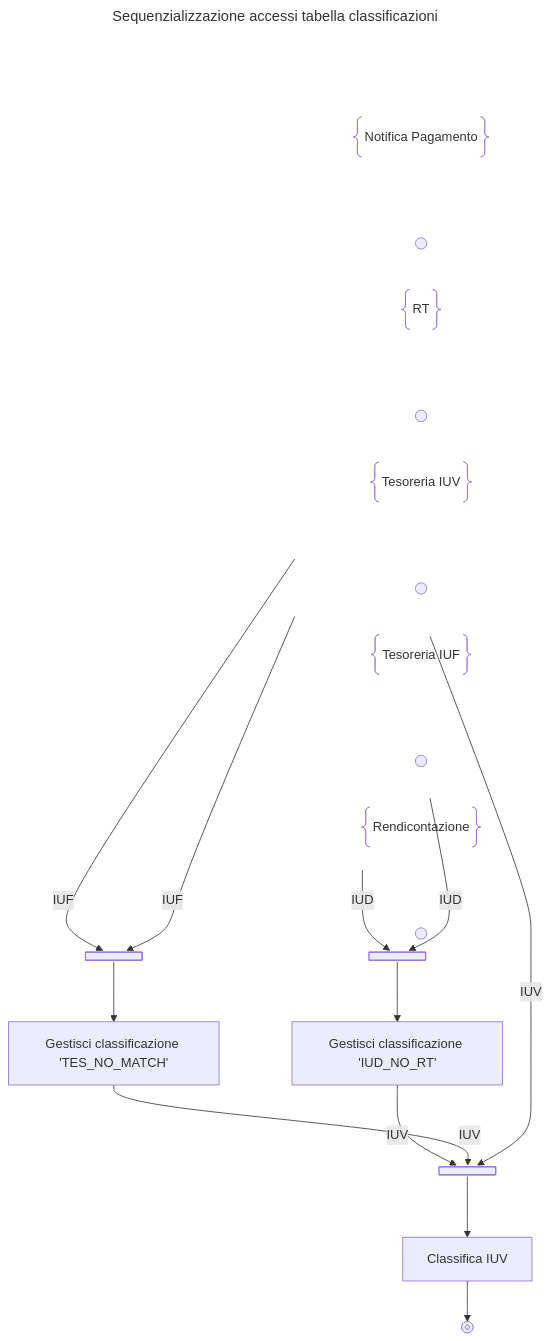
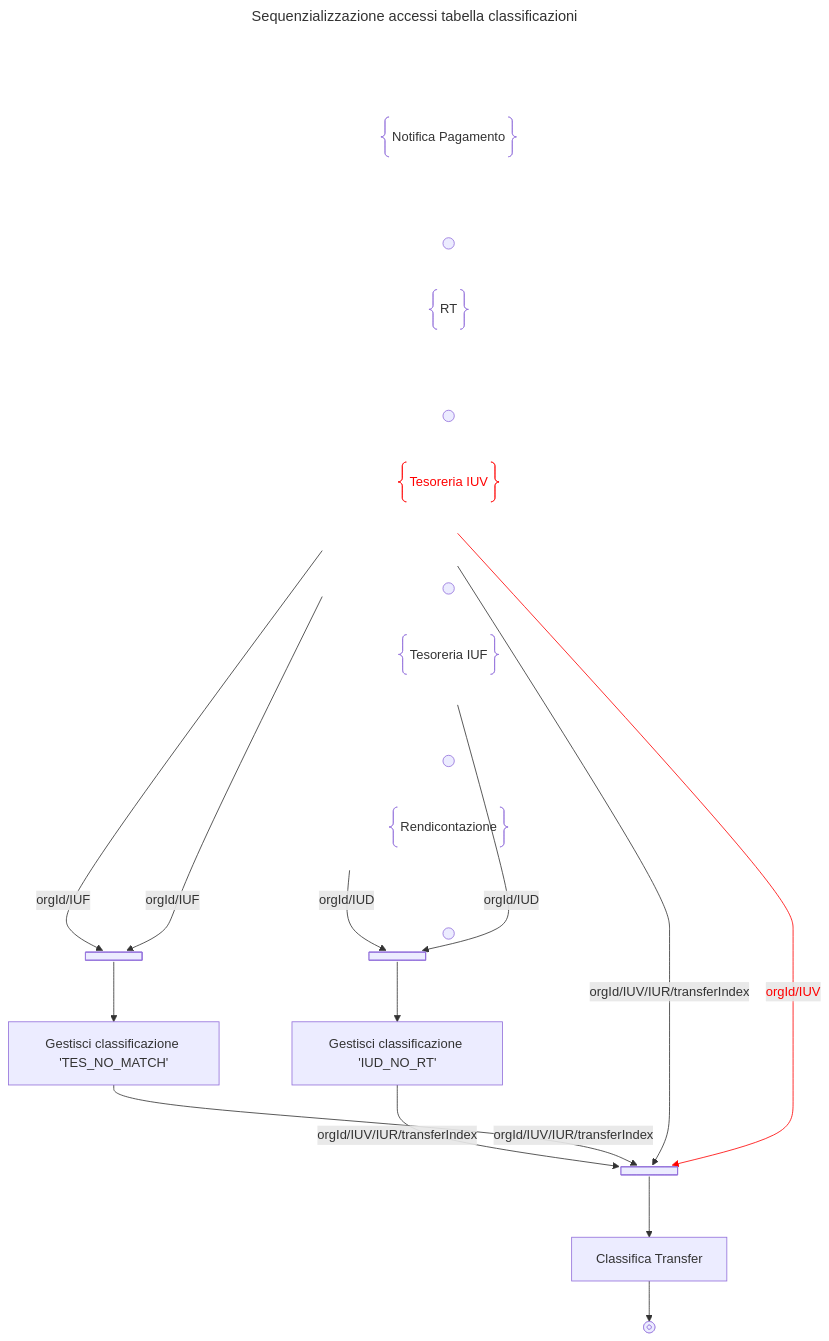
Before and after one commit to pagopa/p4pa-doc: the diagram in design/workflow/classificazioneIncassi/05.graphSequencingOps.mmd, drawn with Mermaid. The commit also changed 20 other files, not shown here.

Commit message:
fix classification sequencing by orgId+IUV+IUR+transferIndex

```diff
--- a/design/workflow/classificazioneIncassi/05.graphSequencingOps.mmd
+++ b/design/workflow/classificazioneIncassi/05.graphSequencingOps.mmd
@@ -1,80 +1,85 @@
 ---
 title: Sequenzializzazione accessi tabella classificazioni
 ---
 flowchart TD
     subgraph START
     direction LR
 
         subgraph NOTE_REND_BLOCK
         direction TB
             NOTE_REND@{shape: braces, label: "Rendicontazione"} -->
             START_REND
             linkStyle 0 display:none;
         end
 
         subgraph NOTE_TES_IUF_BLOCK
         direction TB
             NOTE_TES_IUF@{shape: braces, label: "Tesoreria IUF"} -->
             START_TES_IUF
             linkStyle 1 display:none;
         end
 
         subgraph NOTE_TES_IUV_BLOCK
         direction TB
             NOTE_TES_IUV@{shape: braces, label: "Tesoreria IUV"} -->
             START_TES_IUV
             linkStyle 2 display:none;
+            style NOTE_TES_IUV color:red,stroke:red;
         end
 
         subgraph NOTE_RT_BLOCK
         direction TB
             NOTE_RT@{shape: braces, label: "RT"} -->
             START_RT
             linkStyle 3 display:none;
         end
 
         subgraph NOTE_RN_BLOCK
         direction TB
             NOTE_RN@{shape: braces, label: "Notifica Pagamento"} -->
             START_RN
             linkStyle 4 display:none;
         end
     end
 
     subgraph RT
         START_RT@{shape: start} -->
-        |IUD|JOIN_IUD@{shape: join} -->
+        |orgId/IUD|JOIN_IUD@{shape: join} -->
         IUD_NO_RT["Gestisci classificazione 'IUD_NO_RT'"] -->
-        |IUV|JOIN_IUV@{shape: join}
+        |orgId/IUV/IUR/transferIndex|JOIN_IUV@{shape: join}
+
+        START_RT -->
+        |orgId/IUV/IUR/transferIndex|JOIN_IUV@{shape: join}
     end
 
     subgraph RN
         START_RN@{shape: start} -->
-        |IUD|JOIN_IUD@{shape: join}
+        |orgId/IUD|JOIN_IUD@{shape: join}
     end
 
     subgraph REND
         START_REND@{shape: start} -->
-        |IUF|JOIN_IUF@{shape: join} -->
+        |orgId/IUF|JOIN_IUF@{shape: join} -->
         TES_NO_MATCH["Gestisci classificazione 'TES_NO_MATCH'"] -->
-        |IUV|JOIN_IUV@{shape: join}
+        |orgId/IUV/IUR/transferIndex|JOIN_IUV@{shape: join}
     end
 
     subgraph TES_IUF
         START_TES_IUF@{shape: start} -->
-        |IUF|JOIN_IUF@{shape: join}
+        |orgId/IUF|JOIN_IUF@{shape: join}
     end
 
     subgraph TES_IUV
         START_TES_IUV@{shape: start} -->
-        |IUV|JOIN_IUV@{shape: join}
+        |orgId/IUV|JOIN_IUV@{shape: join}
+        linkStyle 14 color:red,stroke:red;
     end
 
     JOIN_IUV -->
-    CLASSIFY_IUV["Classifica IUV"] -->
+    CLASSIFY_IUV["Classifica Transfer"] -->
     END@{shape: stop}
 
     class NOTE_RT_BLOCK,NOTE_RN_BLOCK,NOTE_REND_BLOCK,NOTE_TES_IUF_BLOCK,NOTE_TES_IUV_BLOCK hidden
     class START,RT,RN,REND,TES_IUF,TES_IUV hidden
 
     classDef hidden display:none;
```
